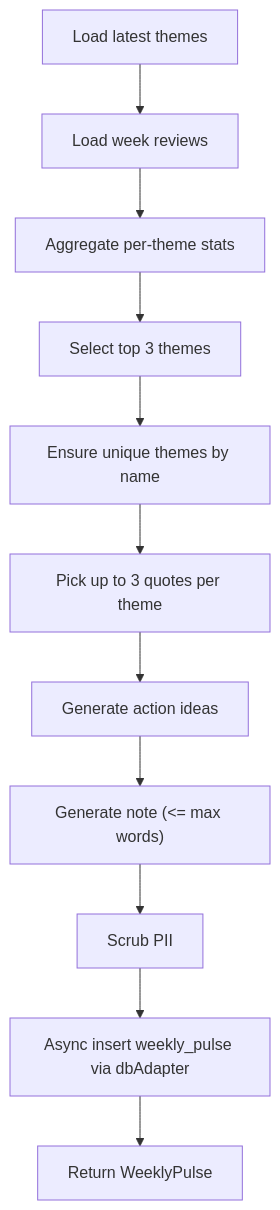
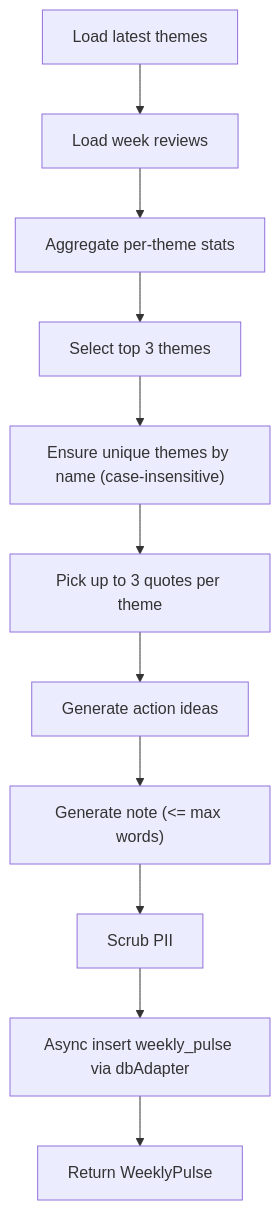
One commit to aravinthraj-ramalingam/Groww-App-Review-Insights-Analyzer- changed the sixth of 9 diagrams in .qoder/repowiki/en/content/Phase 2_ Advanced Analytics & Automation/Theme Generation & Management.md. Above: the diagram before and after it, drawn with Mermaid. The commit also changed other lines of this file and 4 other files, not shown here.

````diff
--- a/.qoder/repowiki/en/content/Phase 2_ Advanced Analytics & Automation/Theme Generation & Management.md
+++ b/.qoder/repowiki/en/content/Phase 2_ Advanced Analytics & Automation/Theme Generation & Management.md
@@ -361,13 +378,13 @@
 ```mermaid
 flowchart TD
 A["Load latest themes"] --> B["Load week reviews"]
 B --> C["Aggregate per-theme stats"]
 C --> D["Select top 3 themes"]
-D --> E["Ensure unique themes by name"]
+D --> E["Ensure unique themes by name (case-insensitive)"]
 E --> F["Pick up to 3 quotes per theme"]
 F --> G["Generate action ideas"]
 G --> H["Generate note (<= max words)"]
 H --> I["Scrub PII"]
 I --> J["Async insert weekly_pulse via dbAdapter"]
 J --> K["Return WeeklyPulse"]
 ```
````
